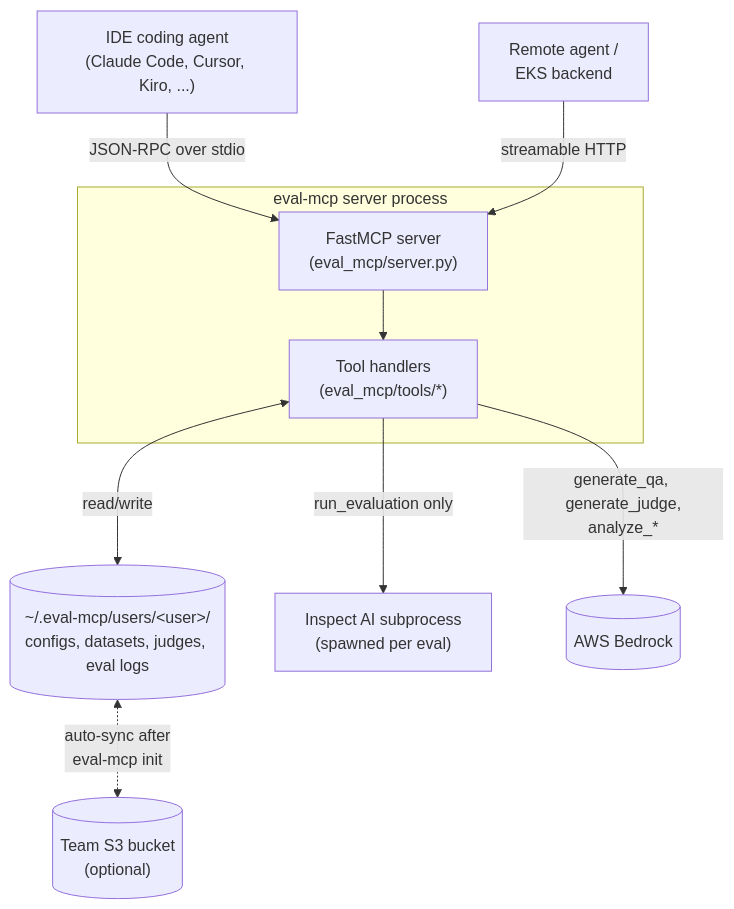
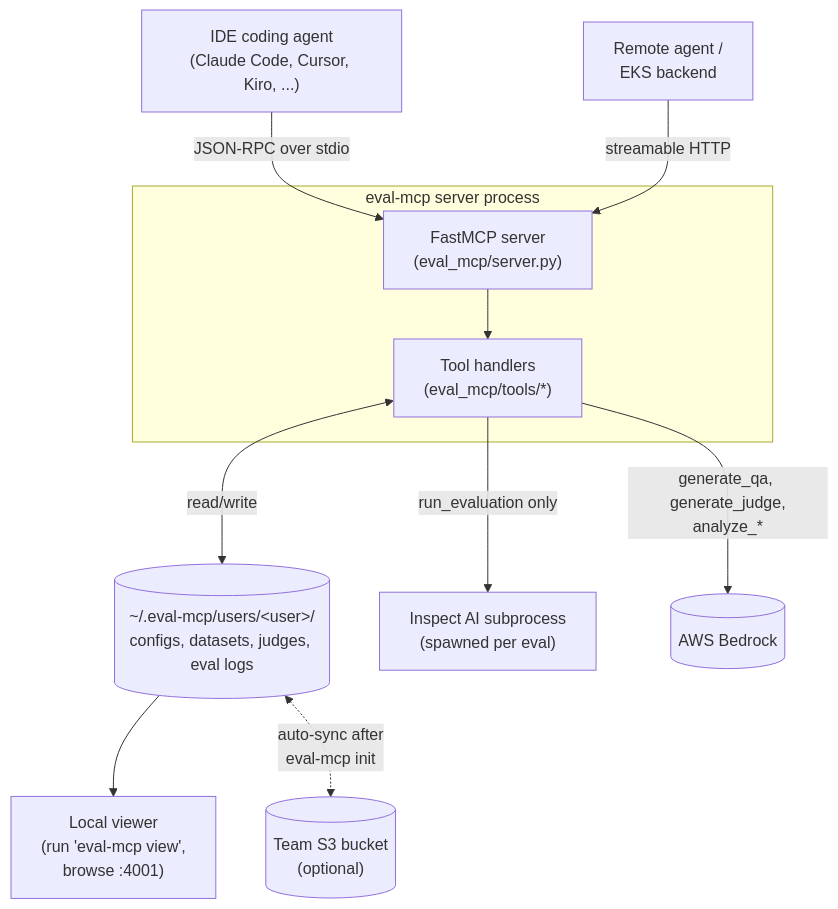
The second of 3 diagrams in ARCHITECTURE.md (awslabs/llm-evaluation-system), drawn with Mermaid before and after one commit. The commit also changed other lines of this file, not shown here.

Commit message:
docs(architecture): put viewer back as a single tile in MCP diagram
Previous iteration dropped the viewer from the diagram entirely
to fix the orphan-browser confusion. That worked but lost the
visual signal that the viewer exists at all — readers had to
notice the prose paragraph below to learn there's a results UI.

Better split: keep the viewer in the diagram, but as a single
downstream tile (not a sibling caller, not a parallel process
subgraph). One arrow from UserDir → Local viewer says everything
the architecture says: the viewer reads the on-disk eval logs the
MCP wrote. The node label "Local viewer (run 'eval-mcp view',
browse :4001)" tells the reader how to get to it without prose.

No more browser caller. No more parallel-process subgraph. Just
one tile fed by one arrow — the simplest thing that signals "the
viewer exists, it reads the same on-disk state."

Dropped the Viewing-results prose paragraph since the diagram now
carries that signal itself.

````diff
--- a/ARCHITECTURE.md
+++ b/ARCHITECTURE.md
@@ -61,31 +61,33 @@
 ```mermaid
 flowchart TB
     %% Callers
     IDE["IDE coding agent<br/>(Claude Code, Cursor, Kiro, ...)"]
     Remote["Remote agent /<br/>EKS backend"]
 
     %% Server process
     subgraph MCPProc["eval-mcp server process"]
         Server["FastMCP server<br/>(eval_mcp/server.py)"]
         Tools["Tool handlers<br/>(eval_mcp/tools/*)"]
         Server --> Tools
     end
 
     %% Local
     UserDir[("~/.eval-mcp/users/&lt;user&gt;/<br/>configs, datasets, judges, eval logs")]
     Inspect["Inspect AI subprocess<br/>(spawned per eval)"]
+    Viewer["Local viewer<br/>(run 'eval-mcp view',<br/>browse :4001)"]
 
     %% External
     Bedrock[("AWS Bedrock")]
     S3[("Team S3 bucket<br/>(optional)")]
 
     %% Flow
     IDE -->|"JSON-RPC over stdio"| Server
     Remote -->|"streamable HTTP"| Server
 
     Tools <-->|"read/write"| UserDir
     Tools -->|"generate_qa, generate_judge,<br/>analyze_*"| Bedrock
     Tools -->|"run_evaluation only"| Inspect
 
+    UserDir --> Viewer
     UserDir <-.->|"auto-sync after<br/>eval-mcp init"| S3
 ```
````
